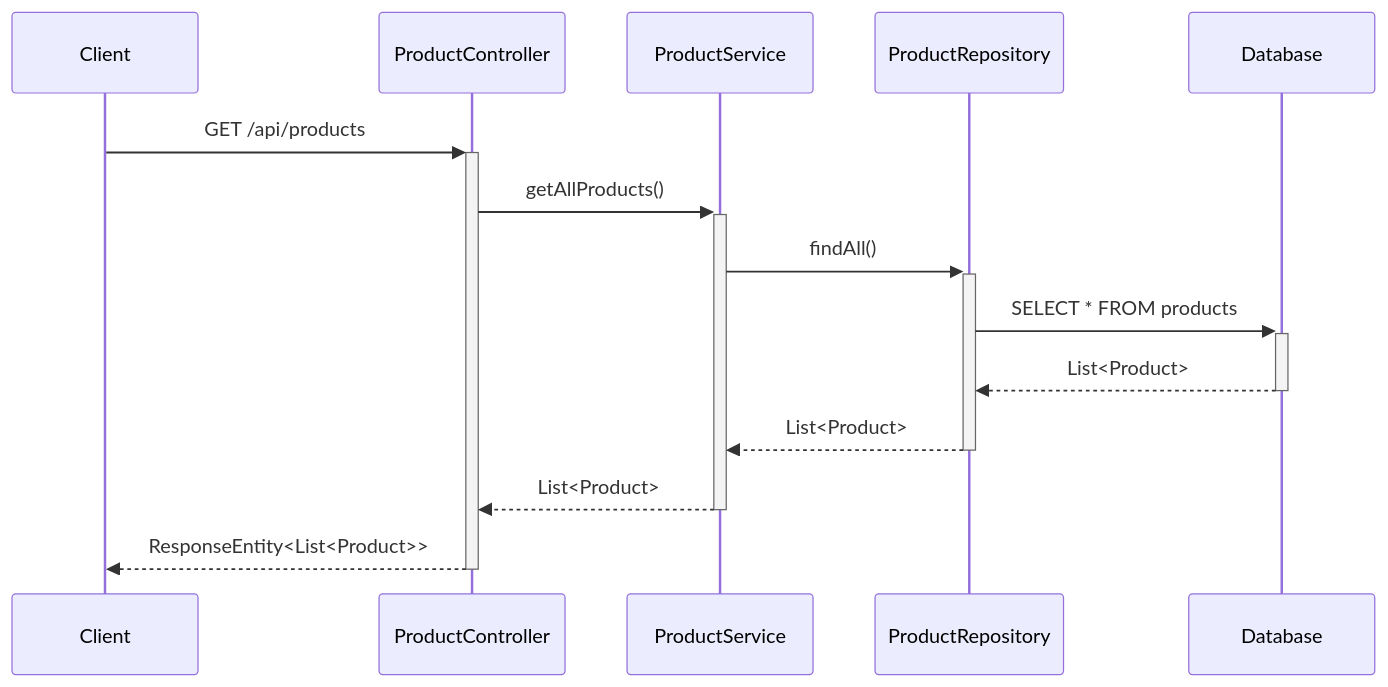
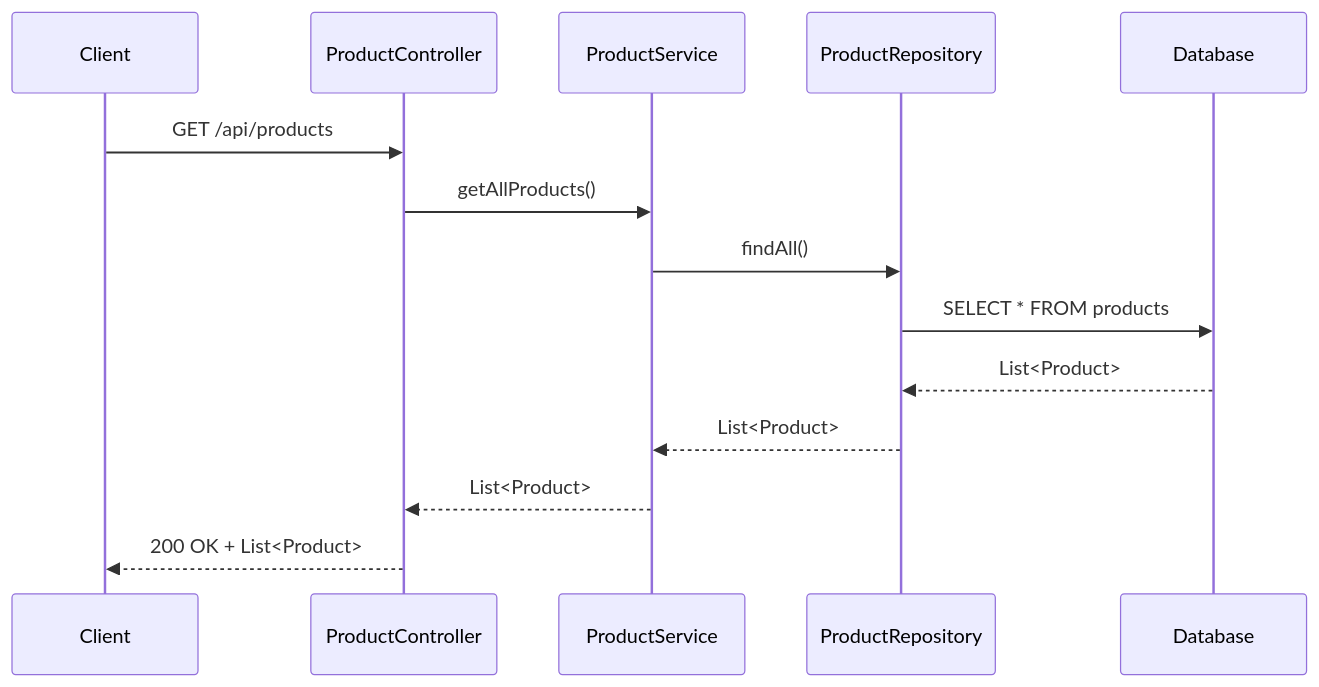
One commit to NavneetBN47/aava-ecom-demo changed the third of 9 diagrams in docs/LLD/lld.md. Above: the diagram before and after it, drawn with Mermaid. The commit also changed other lines of this file, not shown here.

````diff
--- a/docs/LLD/lld.md
+++ b/docs/LLD/lld.md
@@ -101,17 +111,17 @@
 ```mermaid
 sequenceDiagram
     participant Client
     participant ProductController
     participant ProductService
     participant ProductRepository
     participant Database
     
-    Client->>+ProductController: GET /api/products
-    ProductController->>+ProductService: getAllProducts()
-    ProductService->>+ProductRepository: findAll()
-    ProductRepository->>+Database: SELECT * FROM products
-    Database-->>-ProductRepository: List<Product>
-    ProductRepository-->>-ProductService: List<Product>
-    ProductService-->>-ProductController: List<Product>
-    ProductController-->>-Client: ResponseEntity<List<Product>>
+    Client->>ProductController: GET /api/products
+    ProductController->>ProductService: getAllProducts()
+    ProductService->>ProductRepository: findAll()
+    ProductRepository->>Database: SELECT * FROM products
+    Database-->>ProductRepository: List<Product>
+    ProductRepository-->>ProductService: List<Product>
+    ProductService-->>ProductController: List<Product>
+    ProductController-->>Client: 200 OK + List<Product>
 ```
````
